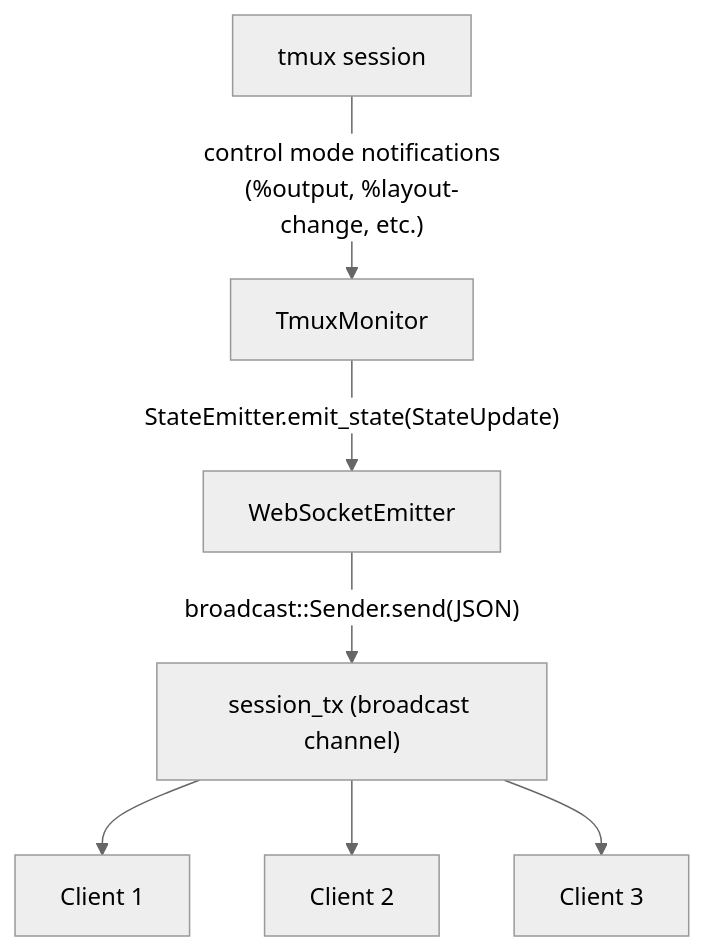
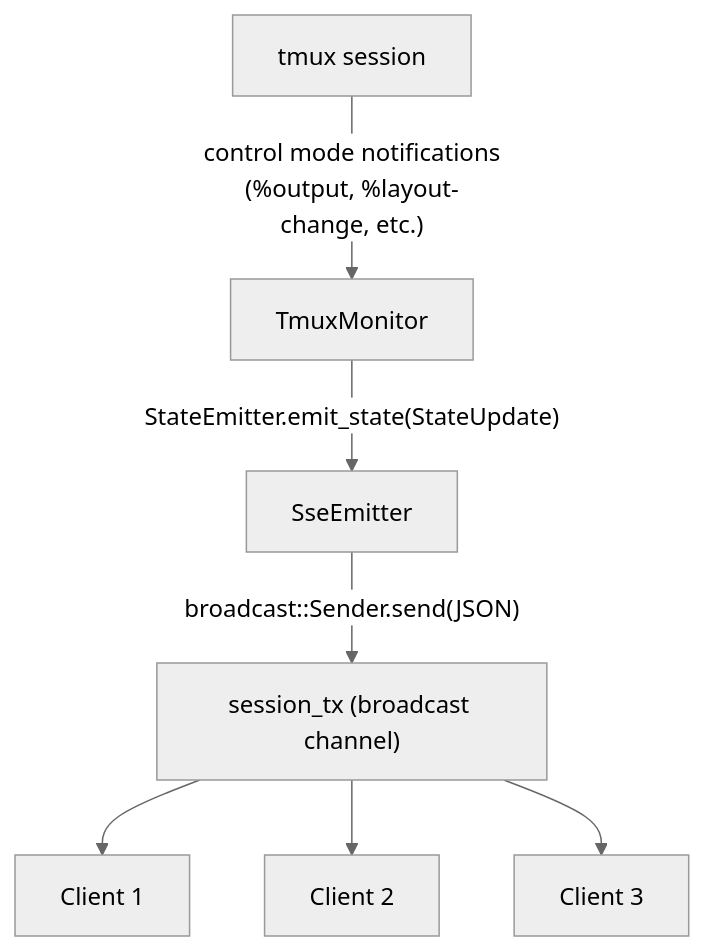
Before and after one commit to flplima/tmuxy: the third of 5 diagrams in docs/architecture.md, drawn with Mermaid (neutral theme). The commit also changed other lines of this file and 28 other files, not shown here.

First line of the commit message:
🔥 Remove all WebSocket references, document SSE/HTTP communication architecture

````diff
--- a/docs/architecture.md
+++ b/docs/architecture.md
@@ -186,9 +194,9 @@
 ```mermaid
 graph TD
     TS["tmux session"] -->|"control mode notifications<br/>(%output, %layout-change, etc.)"| TM[TmuxMonitor]
-    TM -->|"StateEmitter.emit_state(StateUpdate)"| WSE[WebSocketEmitter]
-    WSE -->|"broadcast::Sender.send(JSON)"| STX["session_tx (broadcast channel)"]
+    TM -->|"StateEmitter.emit_state(StateUpdate)"| SSE_E[SseEmitter]
+    SSE_E -->|"broadcast::Sender.send(JSON)"| STX["session_tx (broadcast channel)"]
     STX --> C1[Client 1]
     STX --> C2[Client 2]
     STX --> C3[Client 3]
 ```
````
